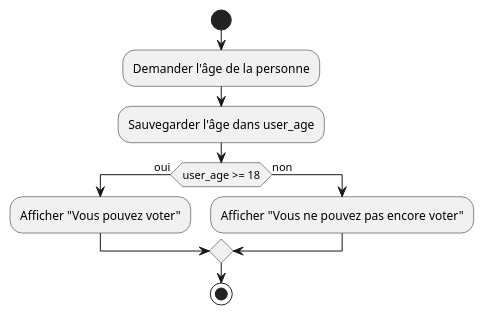
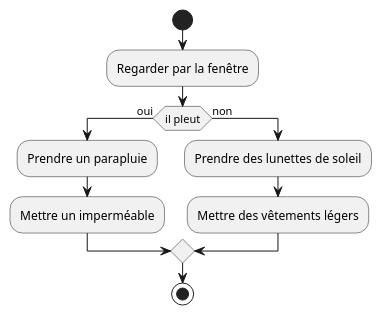
Before and after one commit to HEIG-VD-Prog-Course/HEIG-VD-ProgIM-Course: the third of 7 diagrams in 02.01-sequence-selection-iteration/01-supports-de-cours/README.md, drawn with PlantUML. The commit also changed other lines of this file and 1 other file, not shown here.

Commit message:
Refactor exercises in sequence, selection, and iteration section: (#15)

````diff
--- a/02.01-sequence-selection-iteration/01-supports-de-cours/README.md
+++ b/02.01-sequence-selection-iteration/01-supports-de-cours/README.md
@@ -573,13 +529,14 @@
 ```plantuml
 @startuml
 start
-:Demander l'âge de la personne;
-:Sauvegarder l'âge dans user_age;
-if (user_age >= 18) then (oui)
-    :Afficher "Vous pouvez voter";
+:Regarder par la fenêtre;
+if (il pleut) then (oui)
+    :Prendre un parapluie;
+    :Mettre un imperméable;
 else (non)
-    :Afficher "Vous ne pouvez pas encore voter";
+    :Prendre des lunettes de soleil;
+    :Mettre des vêtements légers;
 endif
 stop
 @enduml
 ```
````
